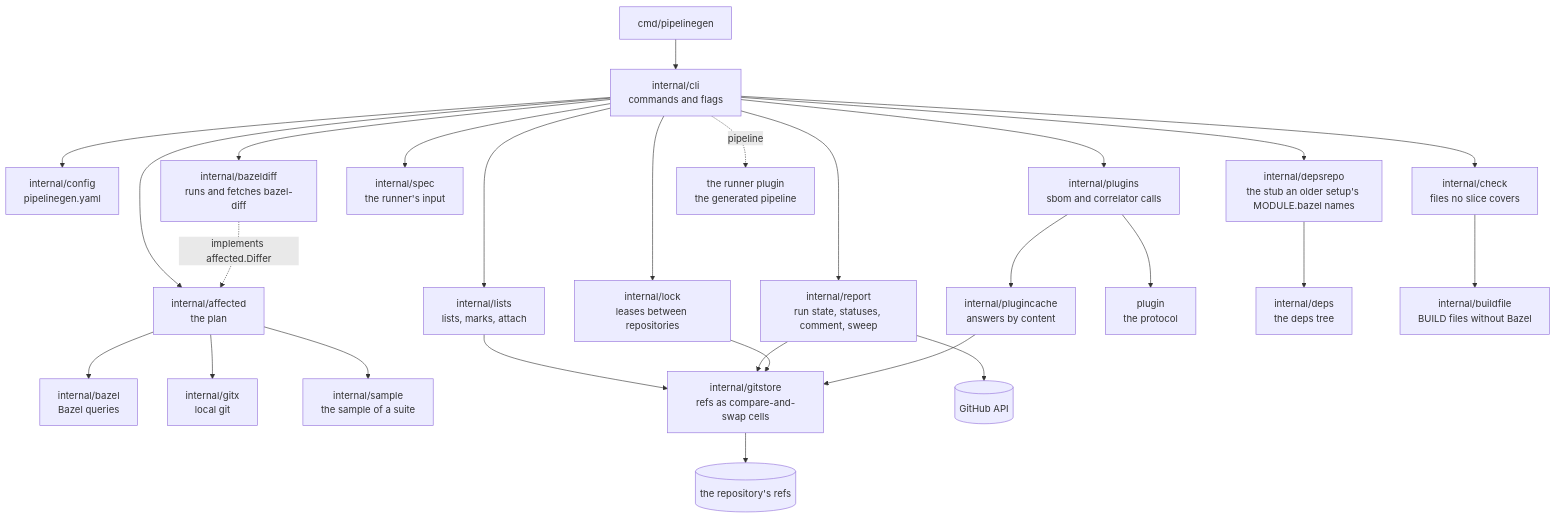
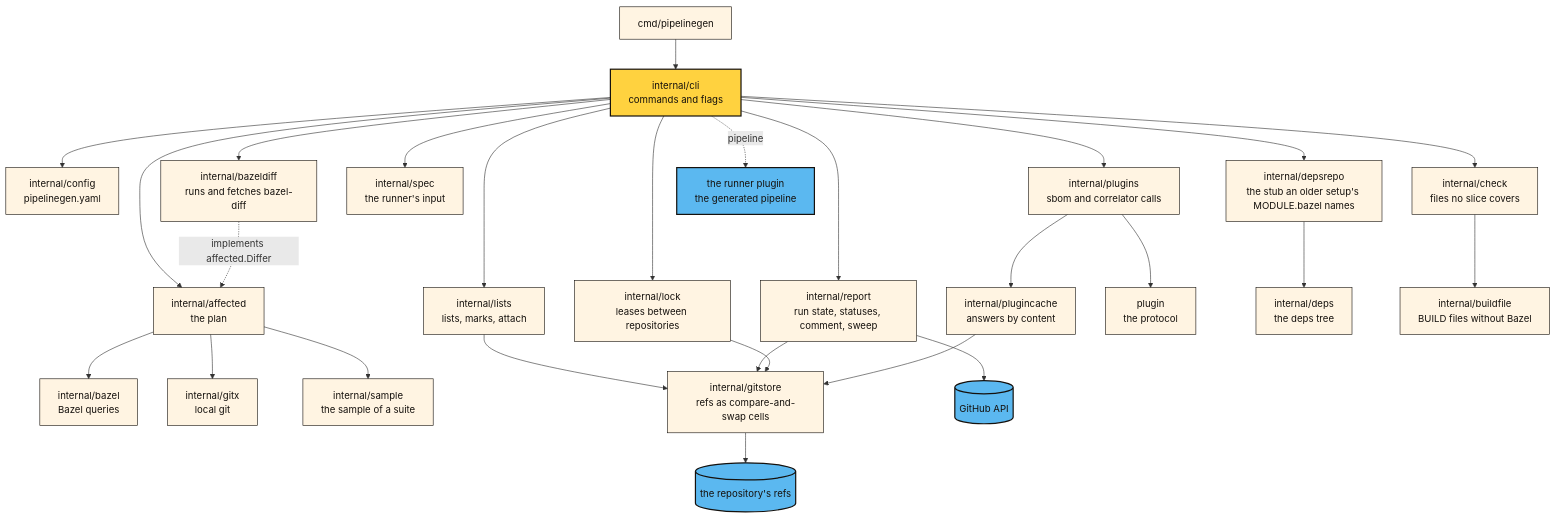
The diagram in docs/internals/README.md (sideways-works/pipelinegen), drawn with Mermaid before and after one commit. The commit also changed 3 other files, not shown here.

Commit message:
docs: the book's diagrams in the brand colours

````diff
--- a/docs/internals/README.md
+++ b/docs/internals/README.md
@@ -10,29 +10,35 @@
 ```mermaid
 flowchart TD
   main["cmd/pipelinegen"] --> cli["internal/cli<br/>commands and flags"]
   cli --> config["internal/config<br/>pipelinegen.yaml"]
   cli --> affected["internal/affected<br/>the plan"]
   cli --> plugins["internal/plugins<br/>sbom and correlator calls"]
   cli --> report["internal/report<br/>run state, statuses, comment, sweep"]
   cli --> lists["internal/lists<br/>lists, marks, attach"]
   cli --> lock["internal/lock<br/>leases between repositories"]
   cli --> check["internal/check<br/>files no slice covers"]
   cli --> spec["internal/spec<br/>the runner's input"]
   cli --> bazeldiff["internal/bazeldiff<br/>runs and fetches bazel-diff"]
   cli --> depsrepo["internal/depsrepo<br/>the stub an older setup's MODULE.bazel names"]
   affected --> bazel["internal/bazel<br/>Bazel queries"]
   affected --> gitx["internal/gitx<br/>local git"]
   affected --> sample["internal/sample<br/>the sample of a suite"]
   bazeldiff -. "implements affected.Differ" .-> affected
   plugins --> plugincache["internal/plugincache<br/>answers by content"]
   plugins --> proto["plugin<br/>the protocol"]
   depsrepo --> deps["internal/deps<br/>the deps tree"]
   check --> buildfile["internal/buildfile<br/>BUILD files without Bazel"]
   lists --> gitstore["internal/gitstore<br/>refs as compare-and-swap cells"]
   report --> gitstore
   lock --> gitstore
   plugincache --> gitstore
   report --> github[("GitHub API")]
   gitstore --> remote[("the repository's refs")]
   cli -. "pipeline" .-> runner["the runner plugin<br/>the generated pipeline"]
+  classDef default fill:#FFF4E2,stroke:#15110D,color:#15110D
+  classDef key fill:#FFD23F,stroke:#15110D,color:#15110D,stroke-width:2px
+  classDef runs fill:#5BB8F0,stroke:#15110D,color:#15110D,stroke-width:2px
+  classDef out fill:#EEEEEE,stroke:#9E9E9E,color:#57606A,stroke-dasharray:4 4
+  class cli key
+  class github,remote,runner runs
 ```
````
